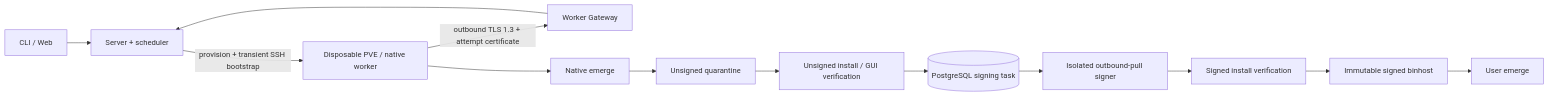
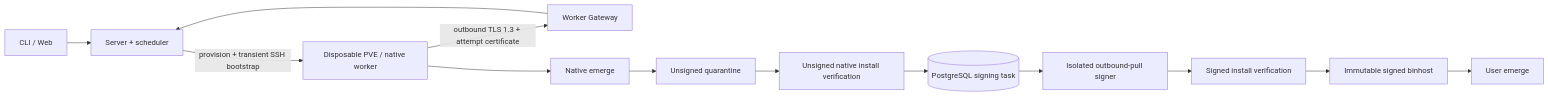
One commit to Volatoo/portage-engine changed the diagram in readme.md. Above: the diagram before and after it, drawn with Mermaid. The commit also changed other lines of this file and 30 other files, not shown here.

````diff
--- a/readme.md
+++ b/readme.md
@@ -95,15 +95,15 @@
 ```mermaid
 flowchart LR
     Client[CLI / Web] --> API[Server + scheduler]
     API -->|provision + transient SSH bootstrap| Worker[Disposable PVE / native worker]
     Worker -->|outbound TLS 1.3 + attempt certificate| Gateway[Worker Gateway]
     Gateway --> API
     Worker --> Build[Native emerge]
     Build --> Stage[Unsigned quarantine]
-    Stage --> Verify[Unsigned install / GUI verification]
+    Stage --> Verify[Unsigned native install verification]
     Verify --> Queue[(PostgreSQL signing task)]
     Queue --> Signer[Isolated outbound-pull signer]
     Signer --> SignedVerify[Signed install verification]
     SignedVerify --> Publish[Immutable signed binhost]
     Publish --> Portage[User emerge]
 ```
````
